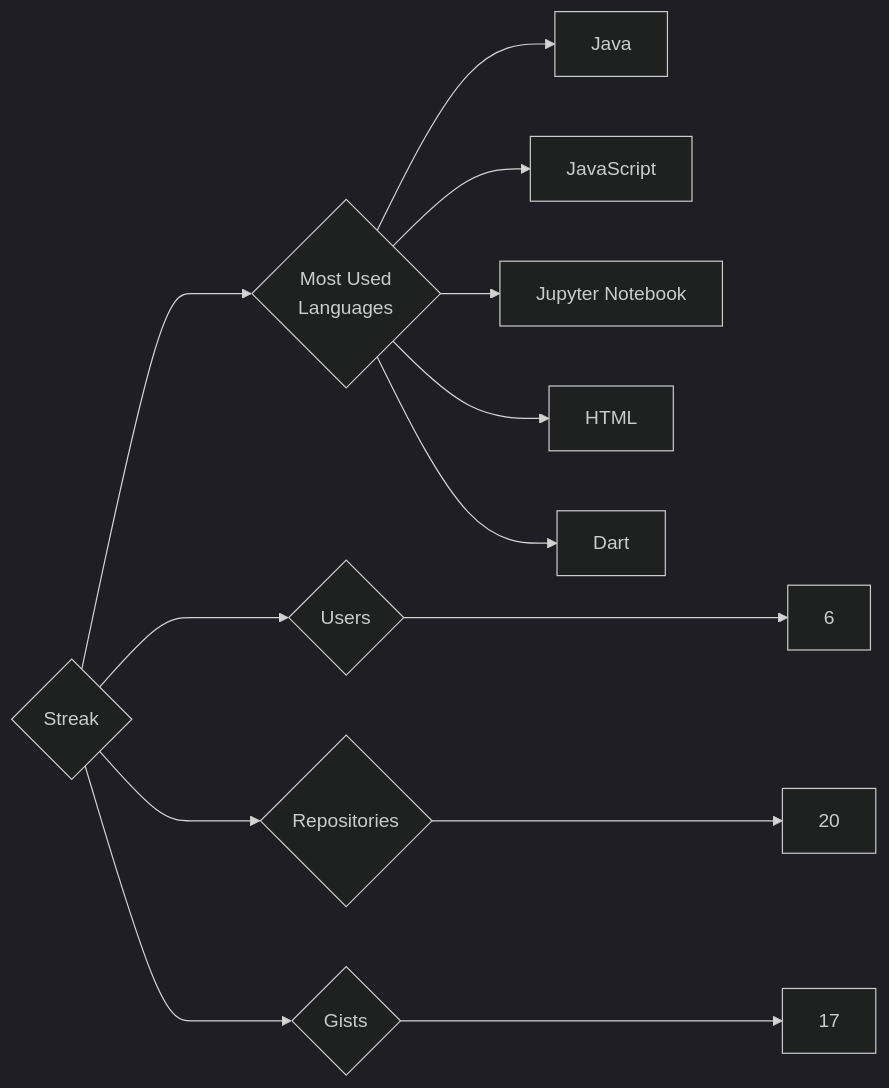
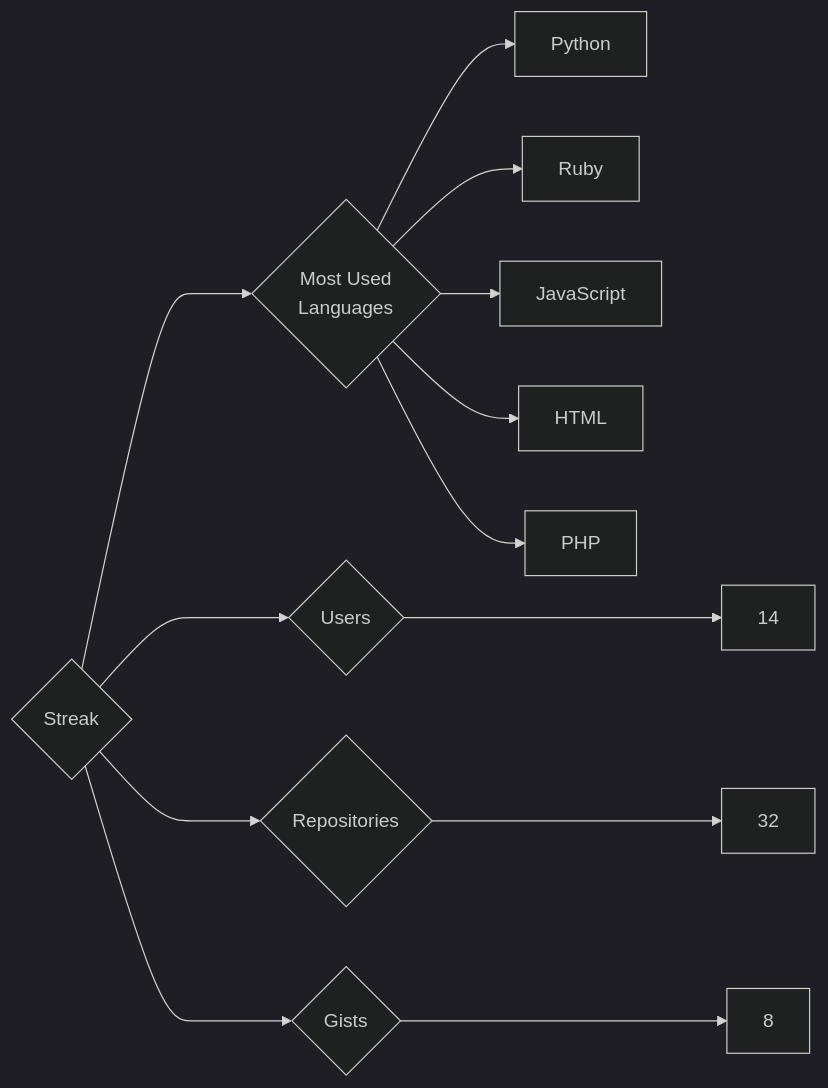
Before and after one commit to trickest/insiders: the diagram in targets/Streak/README.md, drawn with Mermaid (dark theme). The commit also changed 765 other files, not shown here.

````diff
--- a/targets/Streak/README.md
+++ b/targets/Streak/README.md
@@ -3,13 +3,13 @@
 ```mermaid
 graph LR
 COMPANY_NAME{Streak}
-COMPANY_NAME ---> U{Users} ---> UN[6]
-COMPANY_NAME ---> R{Repositories} ---> RN[20]
-COMPANY_NAME ---> G{Gists} ---> GN[17]
+COMPANY_NAME ---> U{Users} ---> UN[14]
+COMPANY_NAME ---> R{Repositories} ---> RN[32]
+COMPANY_NAME ---> G{Gists} ---> GN[8]
 COMPANY_NAME ---> ML{Most Used<br>Languages}
-ML --> Java[Java]
+ML --> Python[Python]
+ML --> Ruby[Ruby]
 ML --> JavaScript[JavaScript]
-ML --> Jupyter_Notebook[Jupyter Notebook]
 ML --> HTML[HTML]
-ML --> Dart[Dart]
+ML --> PHP[PHP]
 ```
````
